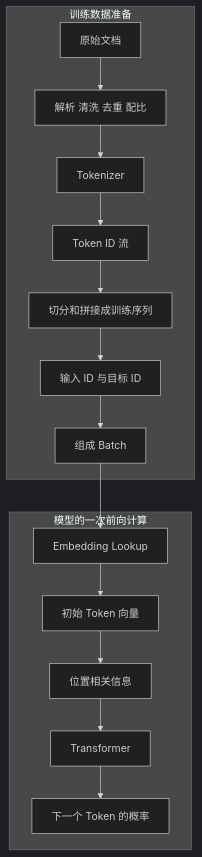
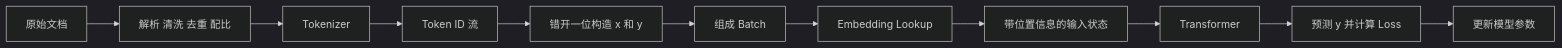
The diagram in llm-basic-new/02-from-text-to-training-data.md (nowhere-man/agents-from-scratch), drawn with Mermaid (dark theme) before and after one commit. The commit also changed other lines of this file and 14 other files, not shown here.

````diff
--- a/llm-basic-new/02-from-text-to-training-data.md
+++ b/llm-basic-new/02-from-text-to-training-data.md
@@ -28,18 +46,13 @@
 ```mermaid
-flowchart TB
-    subgraph P[训练数据准备]
-        A[原始文档] --> B[解析 清洗 去重 配比]
-        B --> C[Tokenizer]
-        C --> D[Token ID 流]
-        D --> E[切分和拼接成训练序列]
-        E --> F[输入 ID 与目标 ID]
-        F --> G[组成 Batch]
-    end
-    subgraph M[模型的一次前向计算]
-        G --> H[Embedding Lookup]
-        H --> I[初始 Token 向量]
-        I --> J[位置相关信息]
-        J --> K[Transformer]
-        K --> L[下一个 Token 的概率]
-    end
+flowchart LR
+    A[原始文档] --> B[解析 清洗 去重 配比]
+    B --> C[Tokenizer]
+    C --> D[Token ID 流]
+    D --> E[错开一位构造 x 和 y]
+    E --> F[组成 Batch]
+    F --> G[Embedding Lookup]
+    G --> H[带位置信息的输入状态]
+    H --> I[Transformer]
+    I --> J[预测 y 并计算 Loss]
+    J --> K[更新模型参数]
 ```
````
